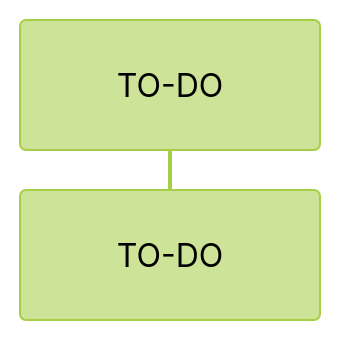
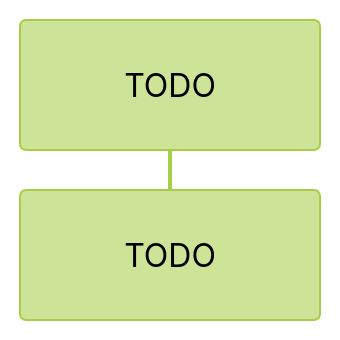
Before and after one commit to stijnlinderman/eldorado: the second of 8 diagrams in ARCHITECTURE.md, drawn with Mermaid (forest theme).

````diff
--- a/ARCHITECTURE.md
+++ b/ARCHITECTURE.md
@@ -34,4 +34,4 @@
 ```mermaid
 sequenceDiagram
-    participant TO-DO
+    participant TODO
 ```
````
